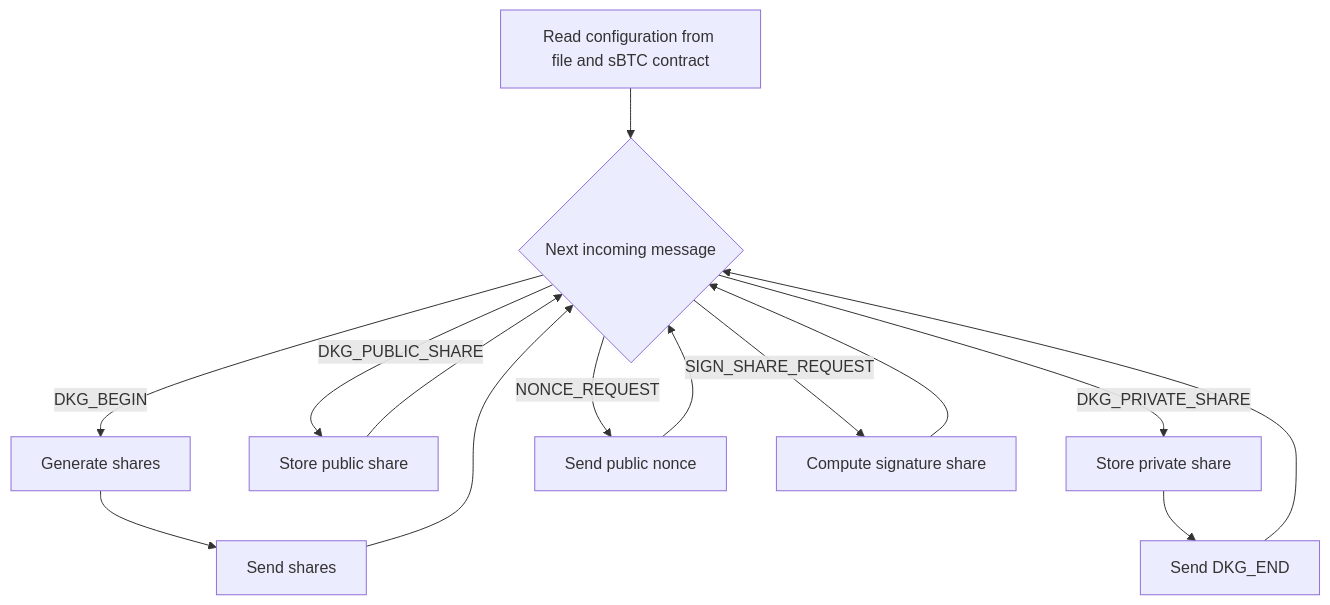
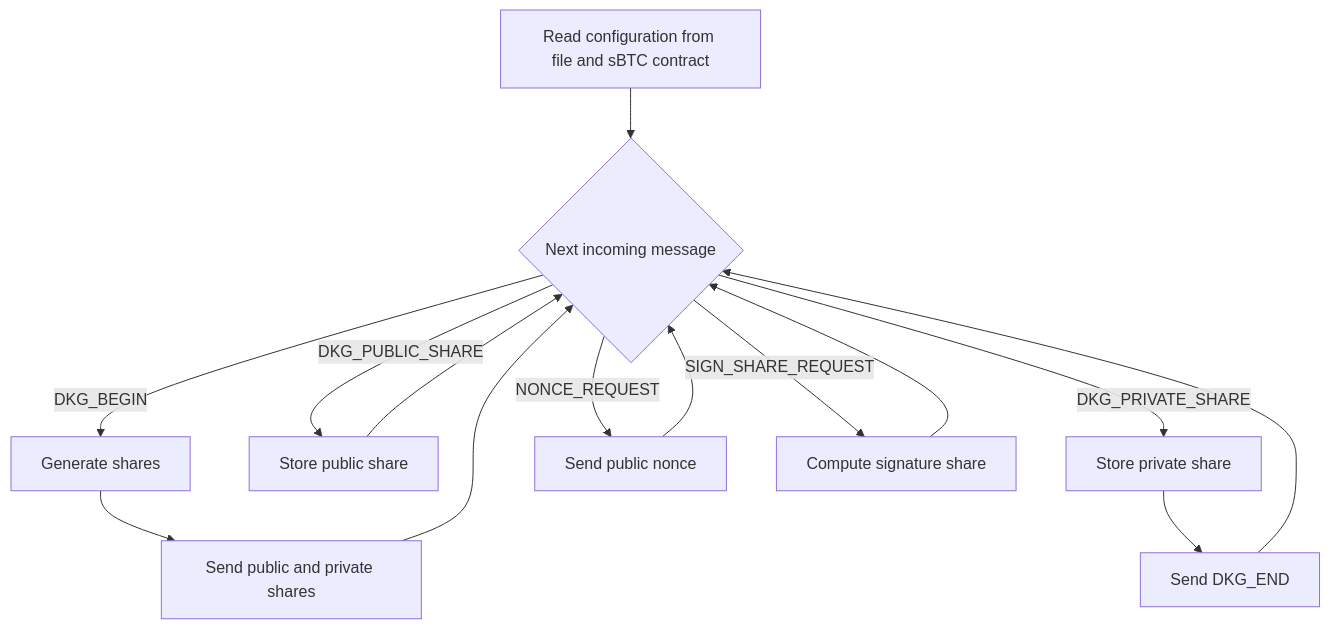
The second of 5 diagrams in stacks-signer/README.md (papaya-dao/stacks-sbtc), drawn with Mermaid before and after one commit. The commit also changed other lines of this file, not shown here.

````diff
--- a/stacks-signer/README.md
+++ b/stacks-signer/README.md
@@ -44,16 +44,16 @@
 ```mermaid
 graph TD
     A[Read configuration from file and sBTC contract] --> B{Next incoming message}
     B -->|DKG_BEGIN| C[Generate shares]
-    C --> D[Send shares]
+    C --> D[Send public and private shares]
     D --> B
     B -->|DKG_PUBLIC_SHARE| E[Store public share]
     E --> B
     B -->|DKG_PRIVATE_SHARE| F[Store private share]
     F --> G[Send DKG_END]
     G --> B
     B -->|NONCE_REQUEST| H[Send public nonce]
     H --> B
     B -->|SIGN_SHARE_REQUEST| I[Compute signature share]
     I --> B
 ```
````
